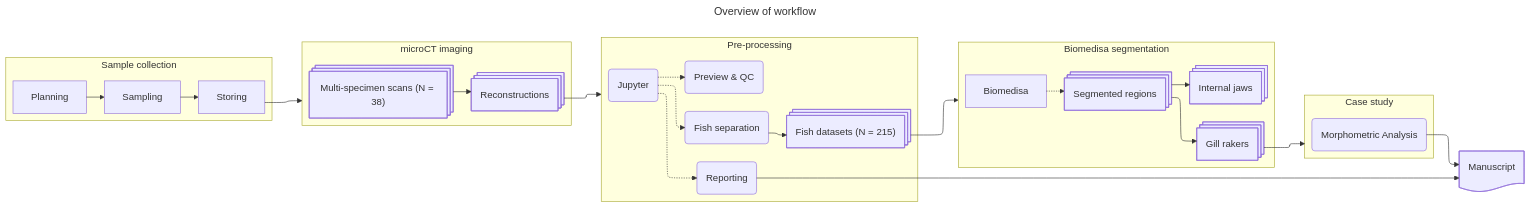
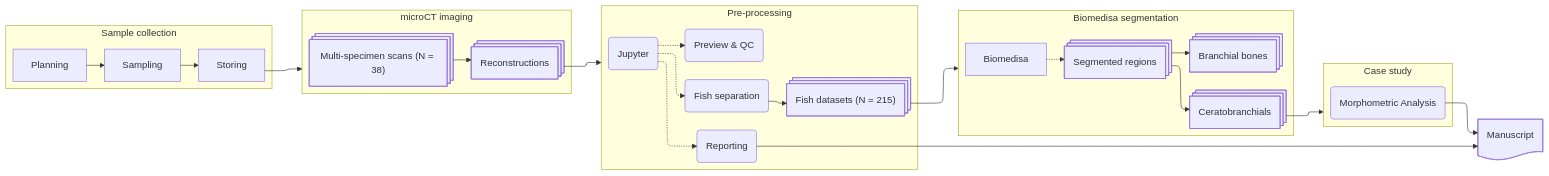
Before and after one commit to habi/sticklebacks-manuscript: the diagram in v/latest/images/workflow.mmd, drawn with Mermaid. The commit also changed 31 other files, not shown here.

```diff
--- a/v/latest/images/workflow.mmd
+++ b/v/latest/images/workflow.mmd
@@ -1,69 +1,68 @@
 ---
-title: Overview of workflow
 config:
   layout: elk
 ---
 flowchart LR
 
 subgraph collection["Sample collection"]
     Planning --> Sampling --> Storing
 end
 
 Storing --> imaging
 
 subgraph imaging["microCT imaging"]
     holder@{shape: procs, label: "Multi-specimen scans (N = 38)"}
     rec@{shape: procs, label: "Reconstructions"}
 
     holder --> rec
 end
 
 rec --> preprocessing
 
 subgraph preprocessing["Pre-processing"]
     jupyter("Jupyter")
 
     preview("Preview & QC")
     separation("Fish separation")
     fishid@{shape: procs, label: "Fish datasets (N = 215)"}
     reporting("Reporting")
 
     separation -----> fishid
 
     jupyter -....-> preview
     jupyter -.-> separation
     jupyter -.-> reporting
 end
 
 fishid --> segmentation
 
 subgraph segmentation["Biomedisa segmentation"]
     Biomedisa
 
     regions@{shape: procs, label: "Segmented regions"}
-    rakers@{shape: procs, label: "Gill rakers"}
-    jaws@{shape: procs, label: "Internal jaws"}
+    rakers@{shape: procs, label: "Ceratobranchials"}
+    jaws@{shape: procs, label: "Branchial bones"}
 
     Biomedisa -.-> regions
     regions --> rakers
     regions --> jaws
 end
 
 rakers --> analysis
 
 subgraph analysis["Case study"]
     morph("Morphometric Analysis")
 end
 
 manubot@{shape: doc, label: "Manuscript"}
 
 reporting ---------> manubot
 morph --> manubot
 
 Storing ~~~ holder
 rec ~~~ jupyter
 
 separation ~~~ fishid
 fishid ~~~ Biomedisa
 
 rakers ~~~ morph
```
